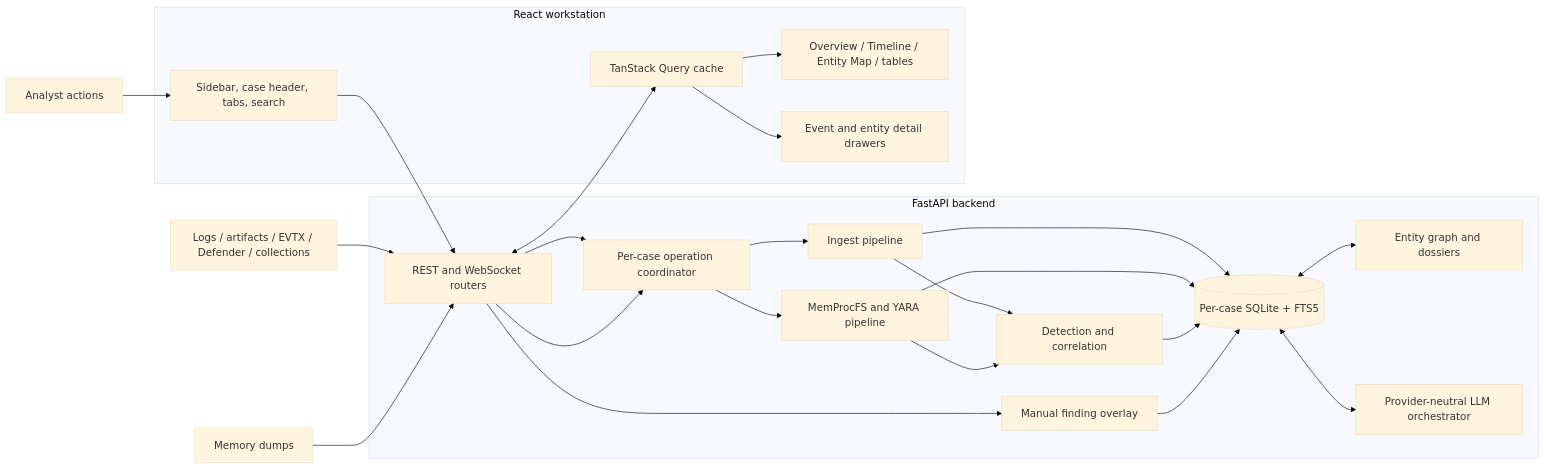
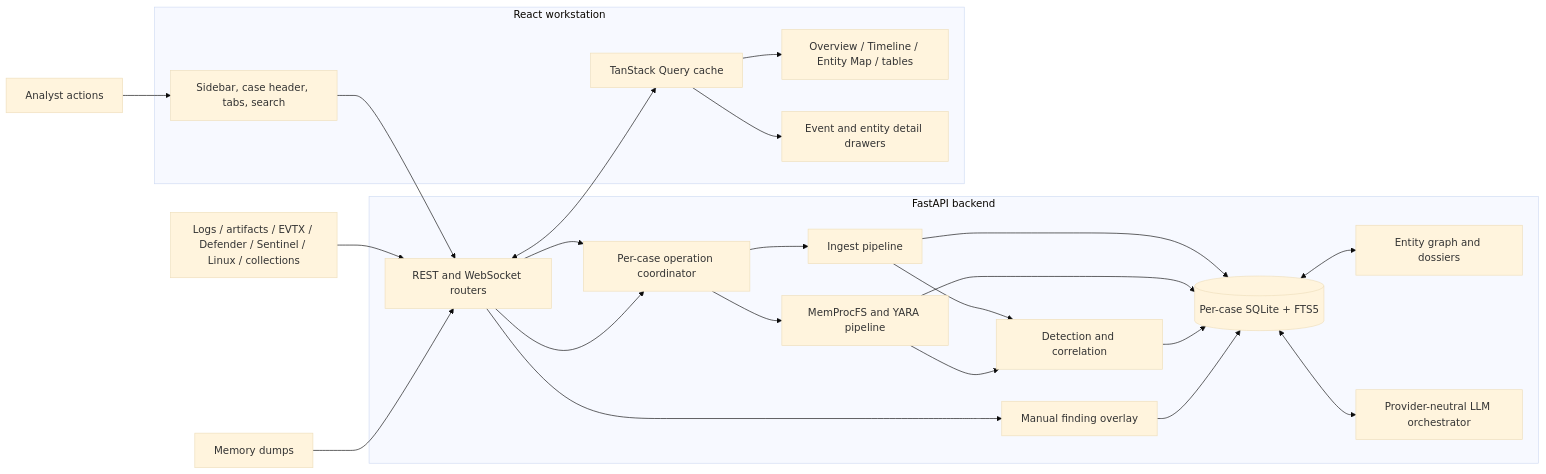
The first of 2 diagrams in docs/ARCHITECTURE.md (Telepatya/Investigator), drawn with Mermaid (base theme) before and after one commit. The commit also changed other lines of this file and 13 other files, not shown here.

Commit message:
Add Linux and Sentinel log detections

````diff
--- a/docs/ARCHITECTURE.md
+++ b/docs/ARCHITECTURE.md
@@ -83,37 +83,37 @@
 ```mermaid
 flowchart LR
-    EVIDENCE["Logs / artifacts / EVTX / Defender / collections"]
+    EVIDENCE["Logs / artifacts / EVTX / Defender / Sentinel / Linux / collections"]
     MEMORY["Memory dumps"]
     USER["Analyst actions"]
 
     subgraph BACKEND["FastAPI backend"]
         API["REST and WebSocket routers"]
         OPS["Per-case operation coordinator"]
         INGEST["Ingest pipeline"]
         MEM["MemProcFS and YARA pipeline"]
         DETECT["Detection and correlation"]
         MANUAL["Manual finding overlay"]
         GRAPH["Entity graph and dossiers"]
         LLM["Provider-neutral LLM orchestrator"]
         DB[("Per-case SQLite + FTS5")]
     end
 
     subgraph FRONTEND["React workstation"]
         SHELL["Sidebar, case header, tabs, search"]
         QUERY["TanStack Query cache"]
         VIEWS["Overview / Timeline / Entity Map / tables"]
         DRAWERS["Event and entity detail drawers"]
     end
 
     EVIDENCE --> API --> OPS --> INGEST --> DB
     MEMORY --> API --> OPS --> MEM --> DB
     INGEST --> DETECT --> DB
     MEM --> DETECT
     USER --> SHELL --> API
     API --> MANUAL --> DB
     DB <--> GRAPH
     DB <--> LLM
     API <--> QUERY
     QUERY --> VIEWS
     QUERY --> DRAWERS
 ```
````
